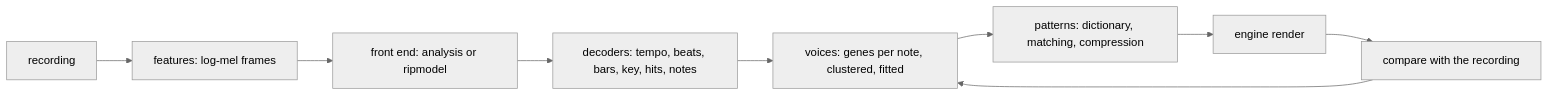
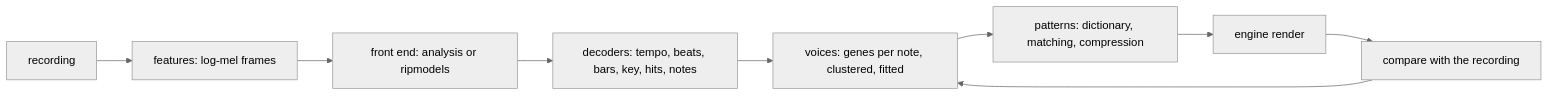
One commit to lixenwraith/stapes changed the diagram in doc/rip-design.md. Above: the diagram before and after it, drawn with Mermaid (neutral theme). The commit also changed other lines of this file and 23 other files, not shown here.

````diff
--- a/doc/rip-design.md
+++ b/doc/rip-design.md
@@ -25,11 +25,11 @@
 ```mermaid
 flowchart LR
     A["recording"] --> B["features: log-mel frames"]
-    B --> C["front end: analysis or ripmodel"]
+    B --> C["front end: analysis or ripmodels"]
     C --> D["decoders: tempo, beats, bars, key, hits, notes"]
     D --> E["voices: genes per note, clustered, fitted"]
     E --> F["patterns: dictionary, matching, compression"]
     F --> G["engine render"]
     G --> H["compare with the recording"]
     H --> E
 ```
````
